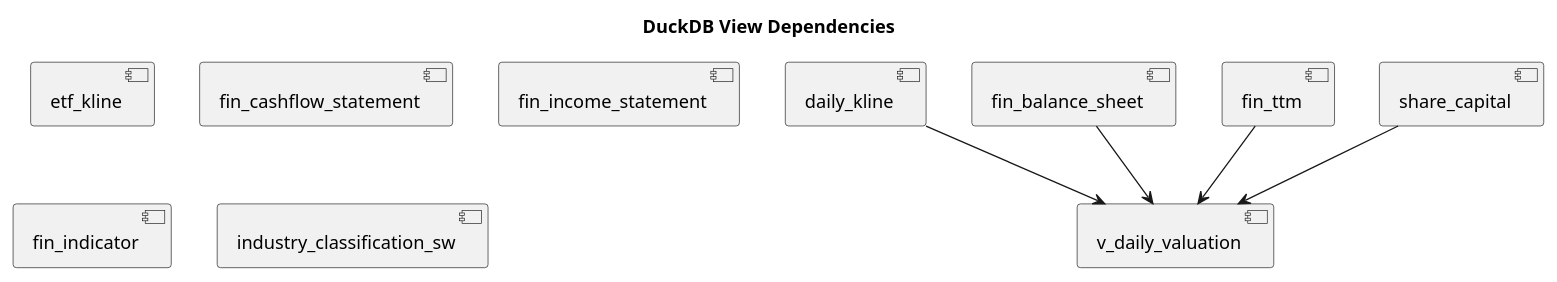
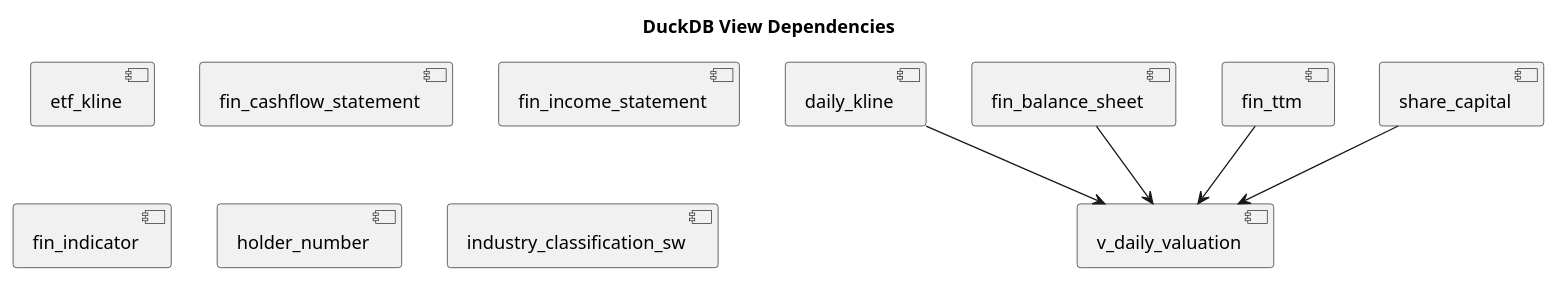
Before and after one commit to hrzzzrh/QuantPyLab: the diagram in docs/data_catalog.md, drawn with PlantUML. The commit also changed other lines of this file and 12 other files, not shown here.

First line of the commit message:
feat(holder-number): 新增股东人数采集、统一视图与同步管线（含巨潮fallback）

````diff
--- a/docs/data_catalog.md
+++ b/docs/data_catalog.md
@@ -8,21 +8,22 @@
 ```plantuml
 @startuml
 skinparam componentStyle uml2
 title DuckDB View Dependencies
 
 [daily_kline]
 [etf_kline]
 [fin_balance_sheet]
 [fin_cashflow_statement]
 [fin_income_statement]
 [fin_indicator]
 [fin_ttm]
 [share_capital]
+[holder_number]
 [industry_classification_sw]
 [v_daily_valuation]
 [daily_kline] --> [v_daily_valuation]
 [share_capital] --> [v_daily_valuation]
 [fin_ttm] --> [v_daily_valuation]
 [fin_balance_sheet] --> [v_daily_valuation]
 @enduml
 ```
````
